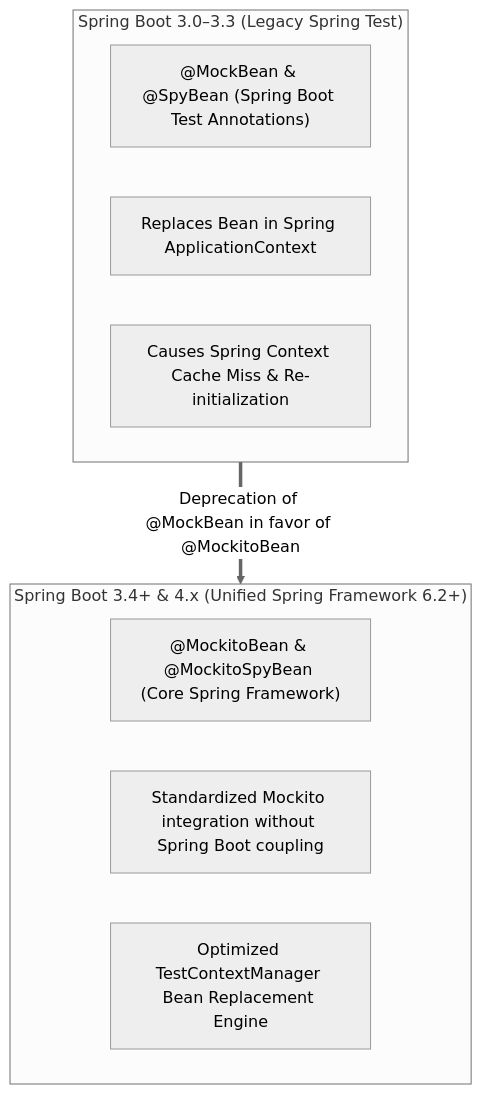
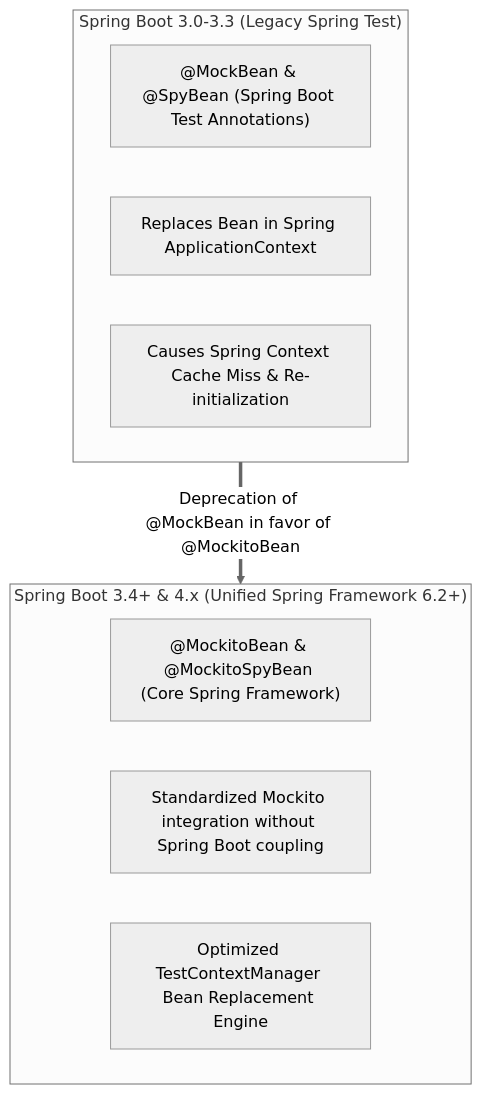
One commit to Rohit1024/spring-boot-mastery changed the second of 2 diagrams in docs/lessons/0049-mocking-dependencies-with-mockito.md. Above: the diagram before and after it, drawn with Mermaid (neutral theme). The commit also changed other lines of this file and 117 other files, not shown here.

````diff
--- a/docs/lessons/0049-mocking-dependencies-with-mockito.md
+++ b/docs/lessons/0049-mocking-dependencies-with-mockito.md
@@ -185,16 +185,16 @@
 ``` mermaid
 flowchart TD
-    subgraph SB3["Spring Boot 3.0–3.3 (Legacy Spring Test)"]
+    subgraph SB3["Spring Boot 3.0-3.3 (Legacy Spring Test)"]
         OldMockBean["@MockBean & @SpyBean (Spring Boot Test Annotations)"]
         ContextPollution["Replaces Bean in Spring ApplicationContext"]
         SlowCacheMiss["Causes Spring Context Cache Miss & Re-initialization"]
     end
 
     subgraph SB4["Spring Boot 3.4+ & 4.x (Unified Spring Framework 6.2+)"]
         NewMockitoBean["@MockitoBean & @MockitoSpyBean (Core Spring Framework)"]
         StandardizedMocking["Standardized Mockito integration without Spring Boot coupling"]
         OptimizedCache["Optimized TestContextManager Bean Replacement Engine"]
     end
 
     SB3 ==>|Deprecation of @MockBean in favor of @MockitoBean| SB4
 ```
````
